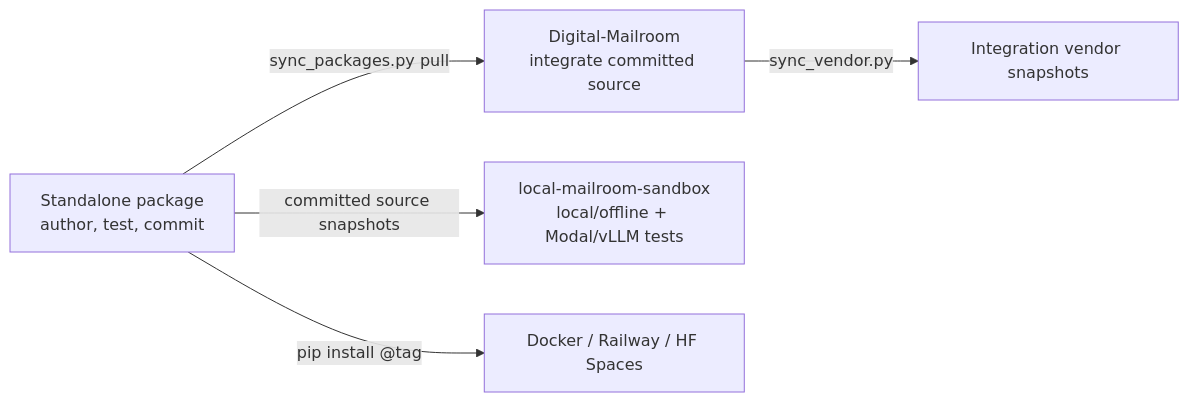
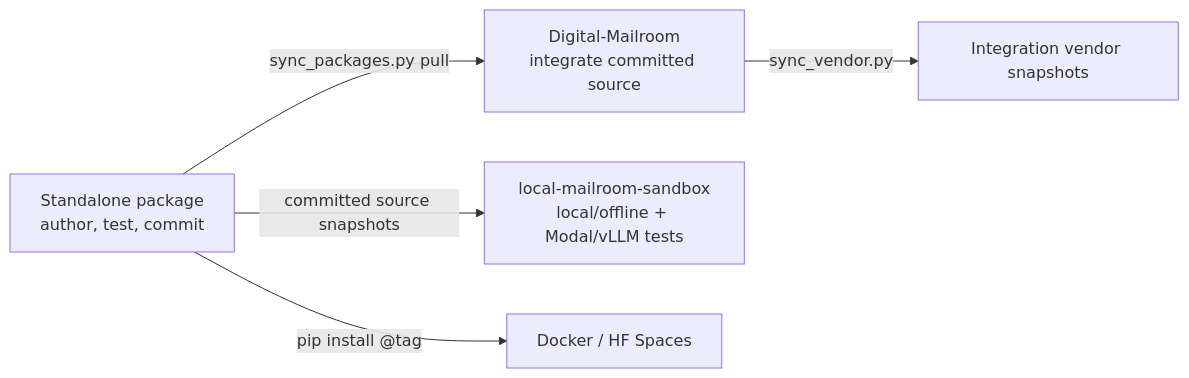
One commit to Exios66/llm-mailroom changed the second of 2 diagrams in docs/constellation/architecture.md. Above: the diagram before and after it, drawn with Mermaid. The commit also changed 25 other files, not shown here.

````diff
--- a/docs/constellation/architecture.md
+++ b/docs/constellation/architecture.md
@@ -103,7 +103,7 @@
 ```mermaid
 flowchart LR
     UP["Standalone package<br/>author, test, commit"] -- "sync_packages.py pull" --> HUB["Digital-Mailroom<br/>integrate committed source"]
     HUB -- "sync_vendor.py" --> VENDOR["Integration vendor snapshots"]
     UP -- "committed source snapshots" --> SAND["local-mailroom-sandbox<br/>local/offline + Modal/vLLM tests"]
-    UP -- "pip install @tag" --> DEPLOY["Docker / Railway / HF Spaces"]
+    UP -- "pip install @tag" --> DEPLOY["Docker / HF Spaces"]
 ```
````
